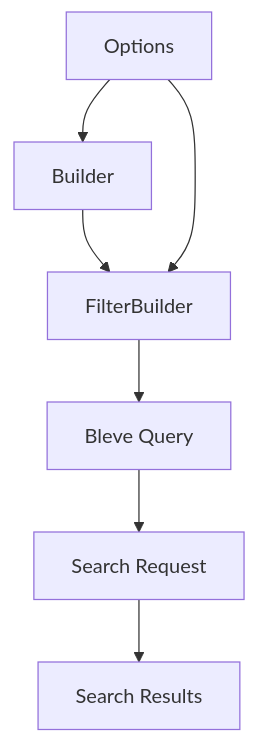
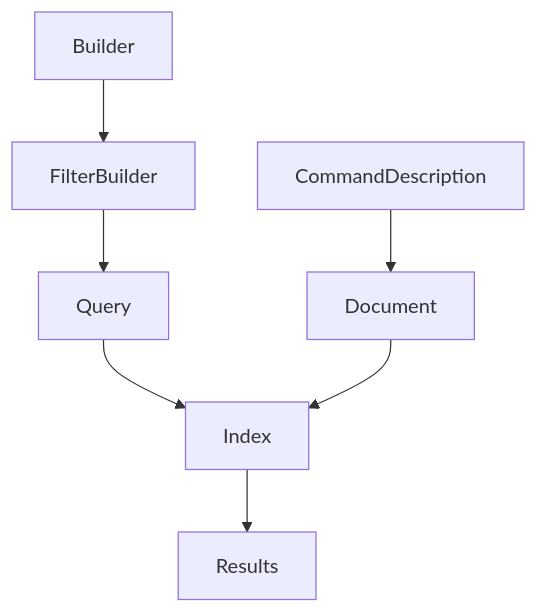
The diagram in ttmp/2024-03-17/memory-bank/systemPatterns.md (go-go-golems/clay), drawn with Mermaid before and after one commit. The commit also changed other lines of this file and 10 other files, not shown here.

````diff
--- a/ttmp/2024-03-17/memory-bank/systemPatterns.md
+++ b/ttmp/2024-03-17/memory-bank/systemPatterns.md
@@ -79,10 +105,10 @@
 ```mermaid
-flowchart TD
-    Builder[Builder] --> FilterBuilder[FilterBuilder]
-    FilterBuilder --> Query[Bleve Query]
-    Query --> SearchRequest[Search Request]
-    SearchRequest --> Results[Search Results]
+graph TD
+    B[Builder] --> F[FilterBuilder]
+    F --> Q[Query]
+    Q --> I[Index]
+    I --> R[Results]
     
-    Options[Options] --> Builder
-    Options --> FilterBuilder
+    C[CommandDescription] --> D[Document]
+    D --> I
 ```
````
